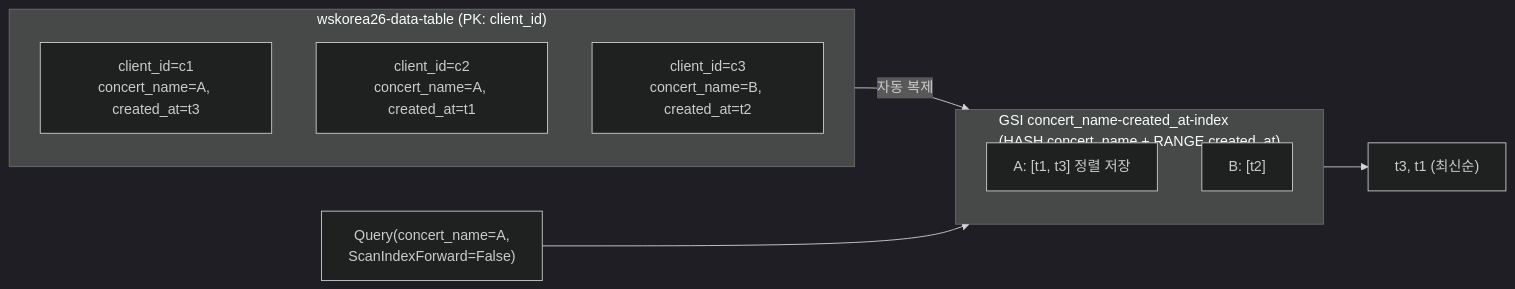
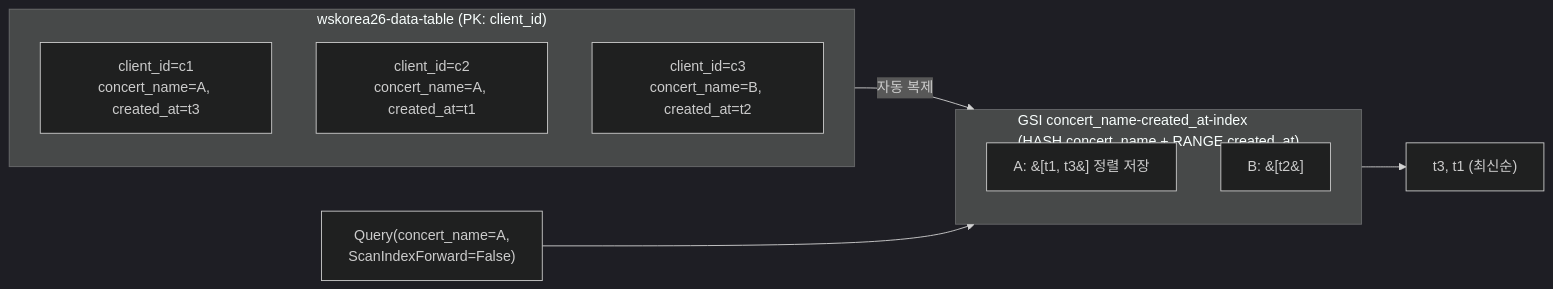
One commit to rladnwls122/skills-guide changed the second of 3 diagrams in src/content/docs/part-1/03-container-lambda-dynamodb/theory.mdx. Above: the diagram before and after it, drawn with Mermaid (dark theme).

Commit message:
docs: GSI 도식 라벨의 대괄호를 엔티티로 escape 한다
mermaid 노드 라벨 안의 [ ] 는 따옴표로 감싸도 셰이프 문법과 충돌할 수 있다.
&#91; · &#93; 로 바꿔 리스트 표기를 그대로 보이게 한다.

Claude-Session: https://claude.ai/code/session_01KvCQxWx1uY7Jdxj7mHBnqo

````diff
--- a/src/content/docs/part-1/03-container-lambda-dynamodb/theory.mdx
+++ b/src/content/docs/part-1/03-container-lambda-dynamodb/theory.mdx
@@ -117,15 +117,15 @@
 ```mermaid
 graph LR
     subgraph TABLE["<span class='icon--logos icon--logos--aws-dynamodb'></span> wskorea26-data-table (PK: client_id)"]
         I1["client_id=c1<br/>concert_name=A, created_at=t3"]
         I2["client_id=c2<br/>concert_name=A, created_at=t1"]
         I3["client_id=c3<br/>concert_name=B, created_at=t2"]
     end
     subgraph GSI["<span class='icon--mdi icon--mdi--layers-outline'></span> GSI concert_name-created_at-index<br/>(HASH concert_name + RANGE created_at)"]
-        G1["A: [t1, t3] 정렬 저장"]
-        G2["B: [t2]"]
+        G1["A: &#91;t1, t3&#93; 정렬 저장"]
+        G2["B: &#91;t2&#93;"]
     end
     TABLE -- "자동 복제" --> GSI
     Q["Query(concert_name=A,<br/>ScanIndexForward=False)"] --> GSI
     GSI --> R["t3, t1 (최신순)"]
 ```
````
